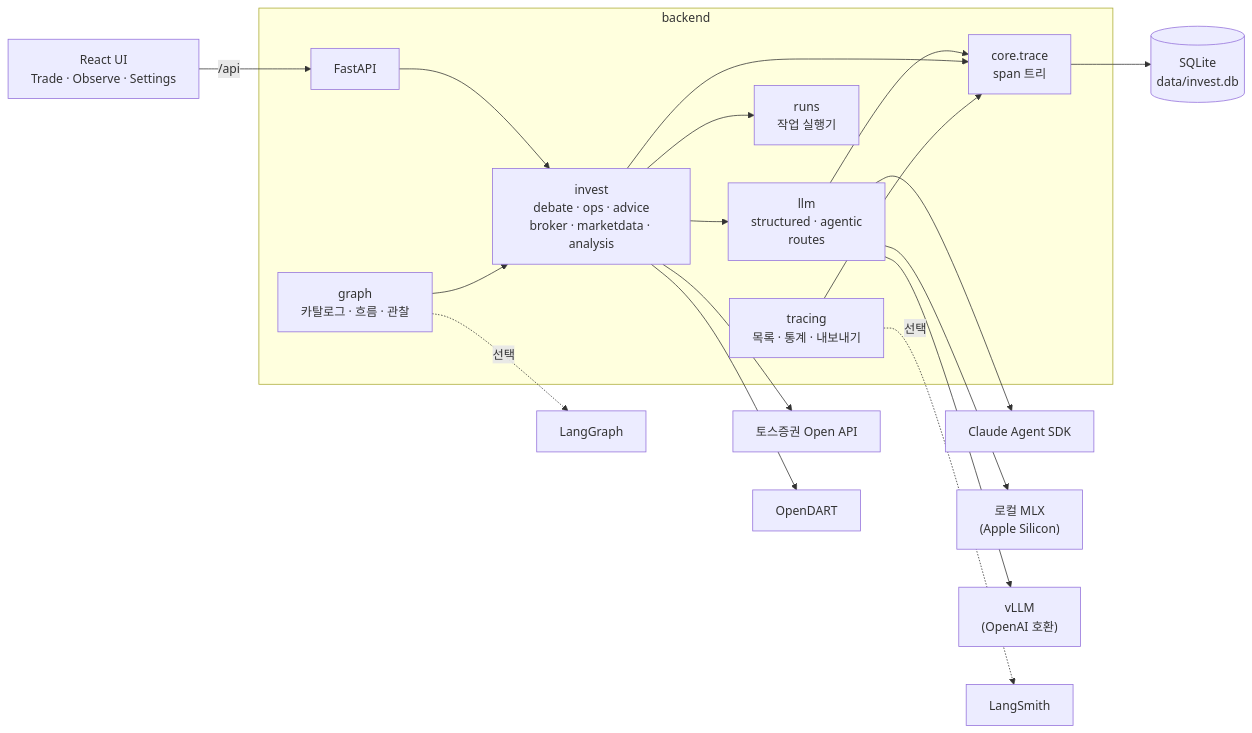
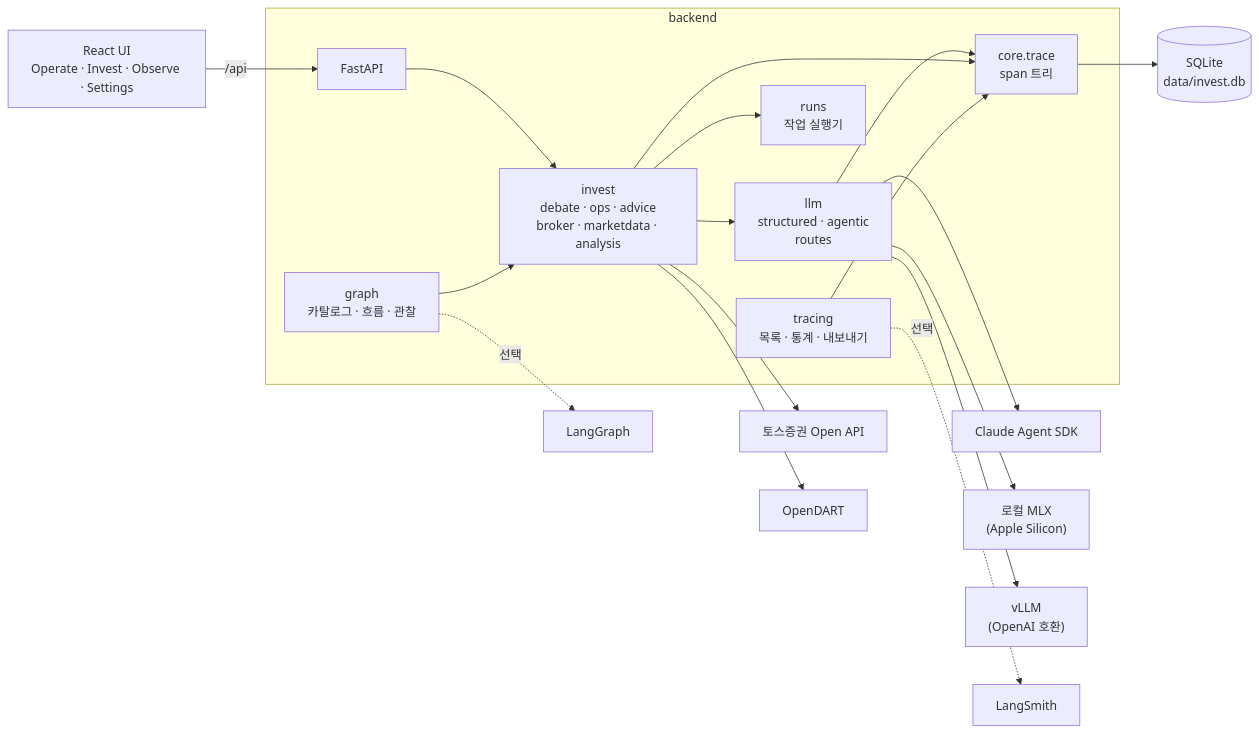
One commit to derf1a/Mallot-Invest-Agent changed the diagram in README.md. Above: the diagram before and after it, drawn with Mermaid.

Commit message:
docs(readme): sidebar groups are Operate · Invest · Observe

````diff
--- a/README.md
+++ b/README.md
@@ -28,21 +28,21 @@
 ```mermaid
 flowchart LR
-  UI["React UI<br/>Trade · Observe · Settings"] -->|/api| API["FastAPI"]
+  UI["React UI<br/>Operate · Invest · Observe · Settings"] -->|/api| API["FastAPI"]
   subgraph backend
     API --> INV["invest<br/>debate · ops · advice<br/>broker · marketdata · analysis"]
     INV --> LLM["llm<br/>structured · agentic<br/>routes"]
     INV --> RUNS["runs<br/>작업 실행기"]
     LLM --> TRACE["core.trace<br/>span 트리"]
     INV --> TRACE
     GRAPH["graph<br/>카탈로그 · 흐름 · 관찰"] --> INV
     TRACING["tracing<br/>목록 · 통계 · 내보내기"] --> TRACE
   end
   LLM --> CLAUDE["Claude Agent SDK"]
   LLM --> MLX["로컬 MLX<br/>(Apple Silicon)"]
   LLM --> VLLM["vLLM<br/>(OpenAI 호환)"]
   INV --> TOSS["토스증권 Open API"]
   INV --> DART["OpenDART"]
   TRACE --> DB[("SQLite<br/>data/invest.db")]
   TRACING -. 선택 .-> LS["LangSmith"]
   GRAPH -. 선택 .-> LG["LangGraph"]
 ```
````
